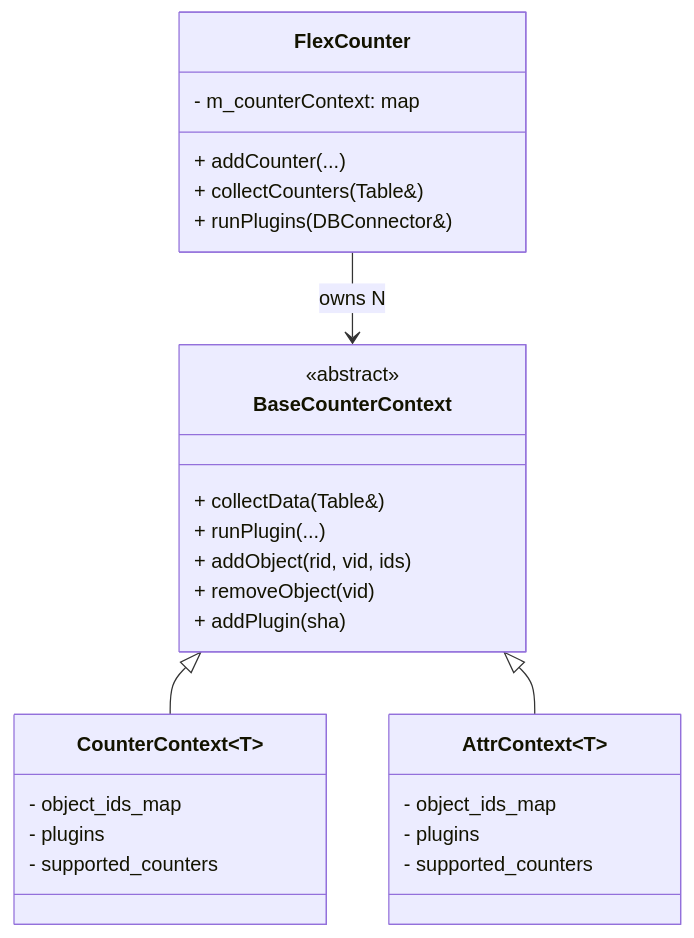
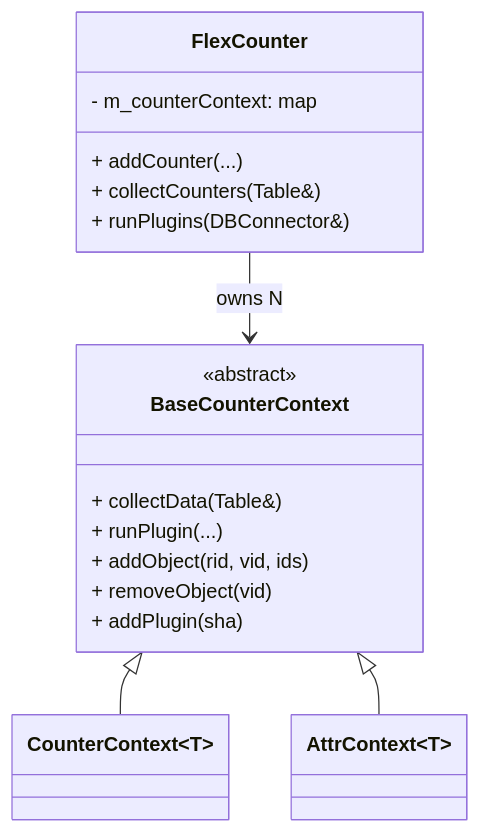
Before and after one commit to aoki-taquan/sonic-unofficial-docs: the diagram in docs/internals/sonic-flexcounter-refactor.md, drawn with Mermaid. The commit also changed other lines of this file and 3 other files, not shown here.

First line of the commit message:
[quality] HLD internals/architecture 6 件 再構成

````diff
--- a/docs/internals/sonic-flexcounter-refactor.md
+++ b/docs/internals/sonic-flexcounter-refactor.md
@@ -67,30 +54,20 @@
 ```mermaid
 classDiagram
     class FlexCounter {
         - m_counterContext: map<string, BaseCounterContext*>
         + addCounter(...)
         + collectCounters(Table&)
         + runPlugins(DBConnector&)
     }
     class BaseCounterContext {
         <<abstract>>
         + collectData(Table&)
         + runPlugin(...)
         + addObject(rid, vid, ids)
         + removeObject(vid)
         + addPlugin(sha)
     }
-    class CounterContext~T~ {
-        - object_ids_map
-        - plugins
-        - supported_counters
-    }
-    class AttrContext~T~ {
-        - object_ids_map
-        - plugins
-        - supported_counters
-    }
-    BaseCounterContext <|-- CounterContext
-    BaseCounterContext <|-- AttrContext
+    BaseCounterContext <|-- CounterContext~T~
+    BaseCounterContext <|-- AttrContext~T~
     FlexCounter --> BaseCounterContext : owns N
 ```
````
